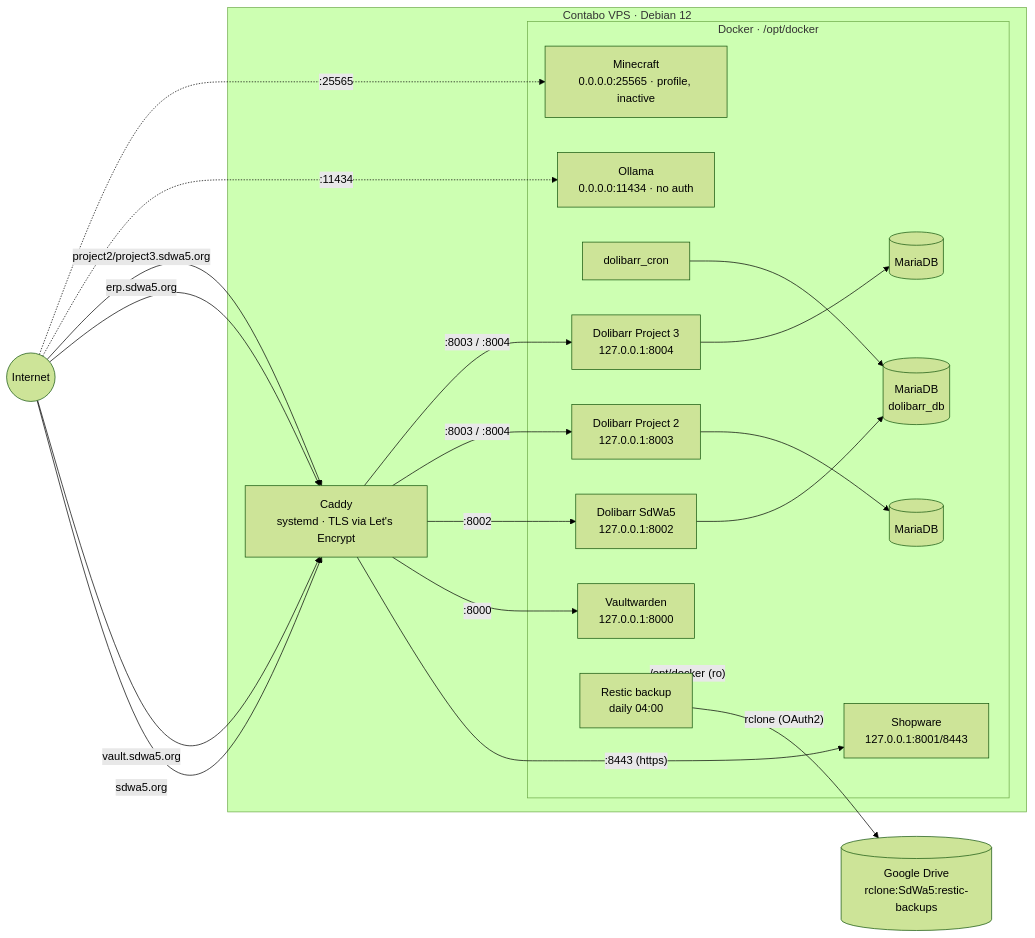
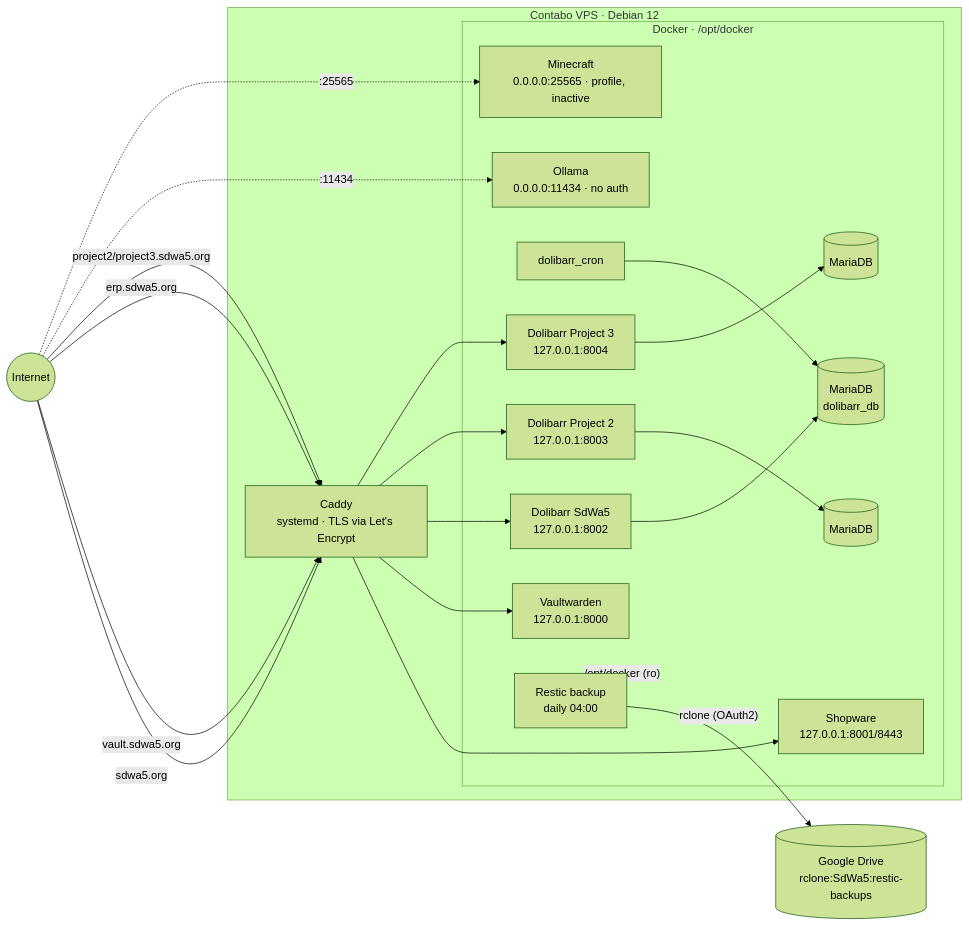
The diagram in docs/infrastructure.md (SdWa5/vps), drawn with Mermaid (forest theme) before and after one commit.

Commit message:
main sdwa5-vps v1.3.1
### Fixed
- docs/infrastructure.md: removed redundant port labels from Caddy → container edges (mermaid rendered them inside the Docker cluster; ports already in node labels)

````diff
--- a/docs/infrastructure.md
+++ b/docs/infrastructure.md
@@ -7,45 +7,43 @@
 ```mermaid
 flowchart LR
     U((Internet))
 
     subgraph vps ["Contabo VPS · Debian 12"]
         C["Caddy<br/>systemd · TLS via Let's Encrypt"]
 
         subgraph docker ["Docker · /opt/docker"]
             SW["Shopware<br/>127.0.0.1:8001/8443"]
             VW["Vaultwarden<br/>127.0.0.1:8000"]
             DL["Dolibarr SdWa5<br/>127.0.0.1:8002"]
             DLC["dolibarr_cron"]
             DLDB[("MariaDB<br/>dolibarr_db")]
             P2["Dolibarr Project 2<br/>127.0.0.1:8003"]
             P2DB[("MariaDB")]
             P3["Dolibarr Project 3<br/>127.0.0.1:8004"]
             P3DB[("MariaDB")]
             OL["Ollama<br/>0.0.0.0:11434 · no auth"]
             MC["Minecraft<br/>0.0.0.0:25565 · profile, inactive"]
             RS["Restic backup<br/>daily 04:00"]
         end
     end
 
     GD[("Google Drive<br/>rclone:SdWa5:restic-backups")]
 
     U -- "sdwa5.org" --> C
     U -- "vault.sdwa5.org" --> C
     U -- "erp.sdwa5.org" --> C
     U -- "project2/project3.sdwa5.org" --> C
     U -. ":11434" .-> OL
     U -. ":25565" .-> MC
 
-    C -- ":8443 (https)" --> SW
-    C -- ":8000" --> VW
-    C -- ":8002" --> DL
-    C -- ":8003 / :8004" --> P2 & P3
+    C --> SW & VW & DL
+    C --> P2 & P3
 
     DL --> DLDB
     DLC --> DLDB
     P2 --> P2DB
     P3 --> P3DB
 
     RS -- "/opt/docker (ro)" --> docker
     RS -- "rclone (OAuth2)" --> GD
 ```
````
